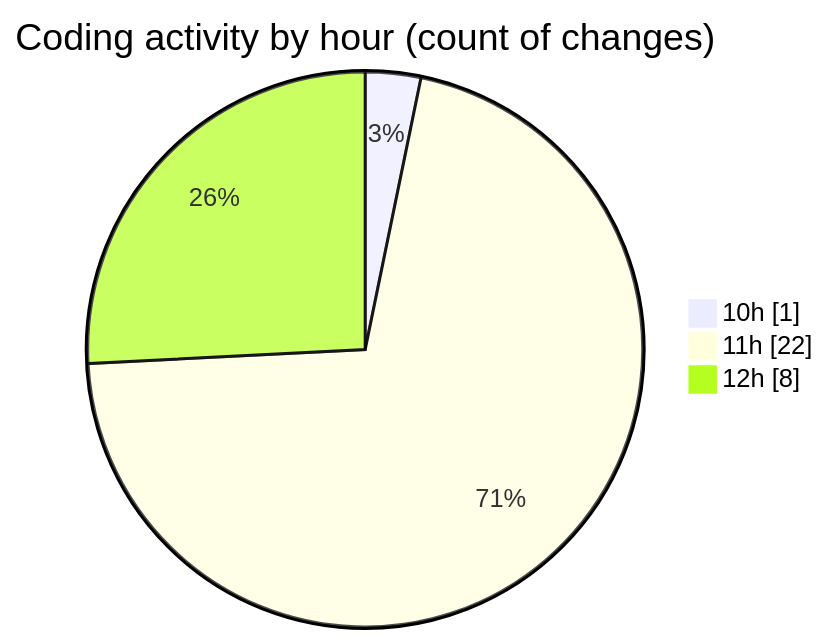
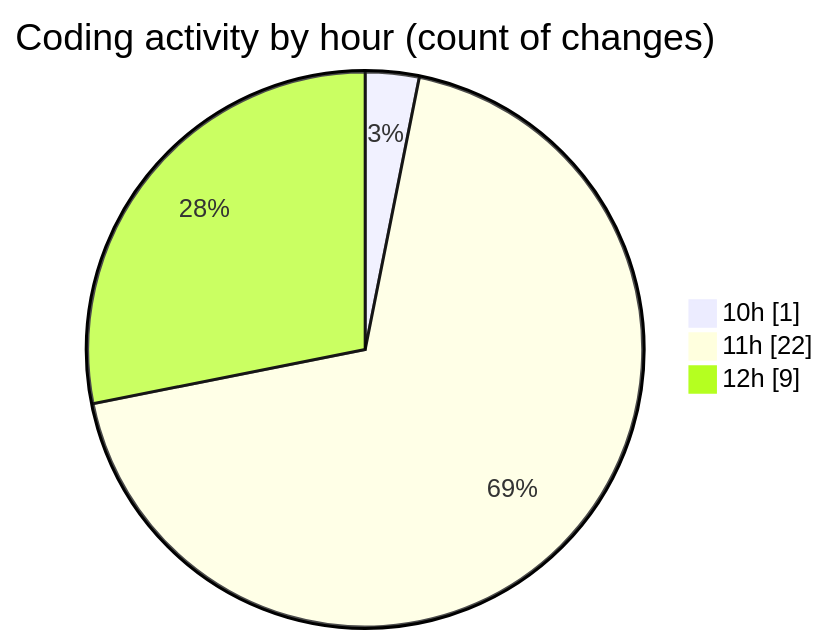
Before and after one commit to nxtqubesakshisongat/code-tracking: the second of 2 diagrams in 2026-03-30/nxtqube_webapp/README.md, drawn with Mermaid. The commit also changed other lines of this file and 1 other file, not shown here.

````diff
--- a/2026-03-30/nxtqube_webapp/README.md
+++ b/2026-03-30/nxtqube_webapp/README.md
@@ -30,7 +30,7 @@
 ```mermaid
 pie showData
 title Coding activity by hour (count of changes)
 "10h" : 1
 "11h" : 22
-"12h" : 8
+"12h" : 9
 ```
````
